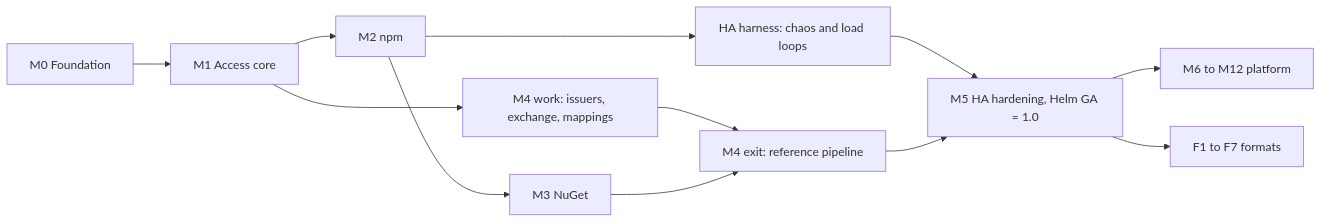
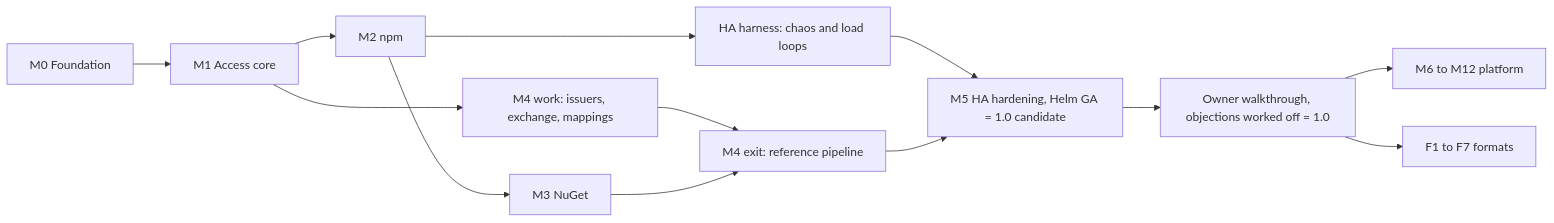
Before and after one commit to guided-traffic/trove: the diagram in docs/coverage/roadmap.md, drawn with Mermaid. The commit also changed other lines of this file and 19 other files, not shown here.

````diff
--- a/docs/coverage/roadmap.md
+++ b/docs/coverage/roadmap.md
@@ -85,14 +101,15 @@
 ```mermaid
 flowchart LR
   M0["M0 Foundation"] --> M1["M1 Access core"]
   M1 --> M2["M2 npm"]
   M2 --> M3["M3 NuGet"]
   M1 --> W4["M4 work: issuers, exchange, mappings"]
   W4 --> M4["M4 exit: reference pipeline"]
   M3 --> M4
   M2 --> H["HA harness: chaos and load loops"]
-  H --> M5["M5 HA hardening, Helm GA = 1.0"]
+  H --> M5["M5 HA hardening, Helm GA = 1.0 candidate"]
   M4 --> M5
-  M5 --> P1["M6 to M12 platform"]
-  M5 --> F["F1 to F7 formats"]
+  M5 --> R["Owner walkthrough, objections worked off = 1.0"]
+  R --> P1["M6 to M12 platform"]
+  R --> F["F1 to F7 formats"]
 ```
````
